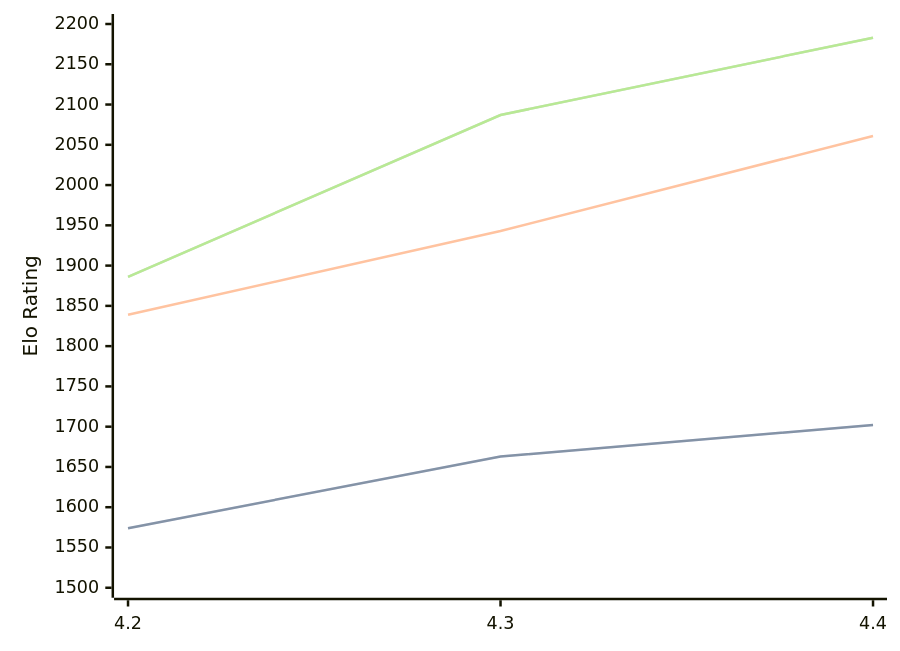
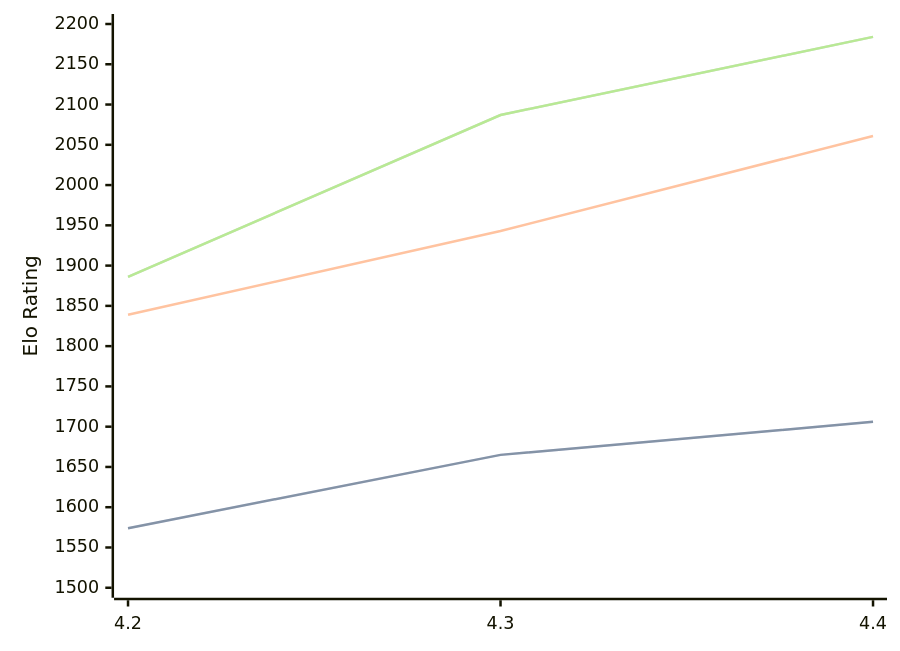
The diagram in engines/Radiance.md (computer-chess-index/cci), drawn with Mermaid before and after one commit. The commit also changed other lines of this file, not shown here.

Commit message:
Update CCI Ratings (ELO VLTC) - 2026-08-05

````diff
--- a/engines/Radiance.md
+++ b/engines/Radiance.md
@@ -36,11 +36,11 @@
 ```mermaid
 %%{init: {"theme":"base","themeVariables":{"seriesColors:['#a3a3a3','#222221','#faa371']}}}%%
 xychart-beta
   x-axis ["4.2", "4.3", "4.4"]
   y-axis "Elo Rating" 1500 --> 2200
-  line "STC (8.0+0.08s)" [1574, 1663, 1702]
-  line "STC (8.0+0.08s)" [1574, 1663, 1702]
+  line "STC (8.0+0.08s)" [1574, 1665, 1706]
+  line "STC (8.0+0.08s)" [1574, 1665, 1706]
   line "LTC (60.0+0.60s)" [1839, 1943, 2061]
-  line "VLTC (2m24s+1.12s)" [1886, 2087, 2183]
-  line "VLTC (2m24s+1.12s)" [1886, 2087, 2183]
+  line "VLTC (2m24s+1.12s)" [1886, 2087, 2184]
+  line "VLTC (2m24s+1.12s)" [1886, 2087, 2184]
 ```
````
